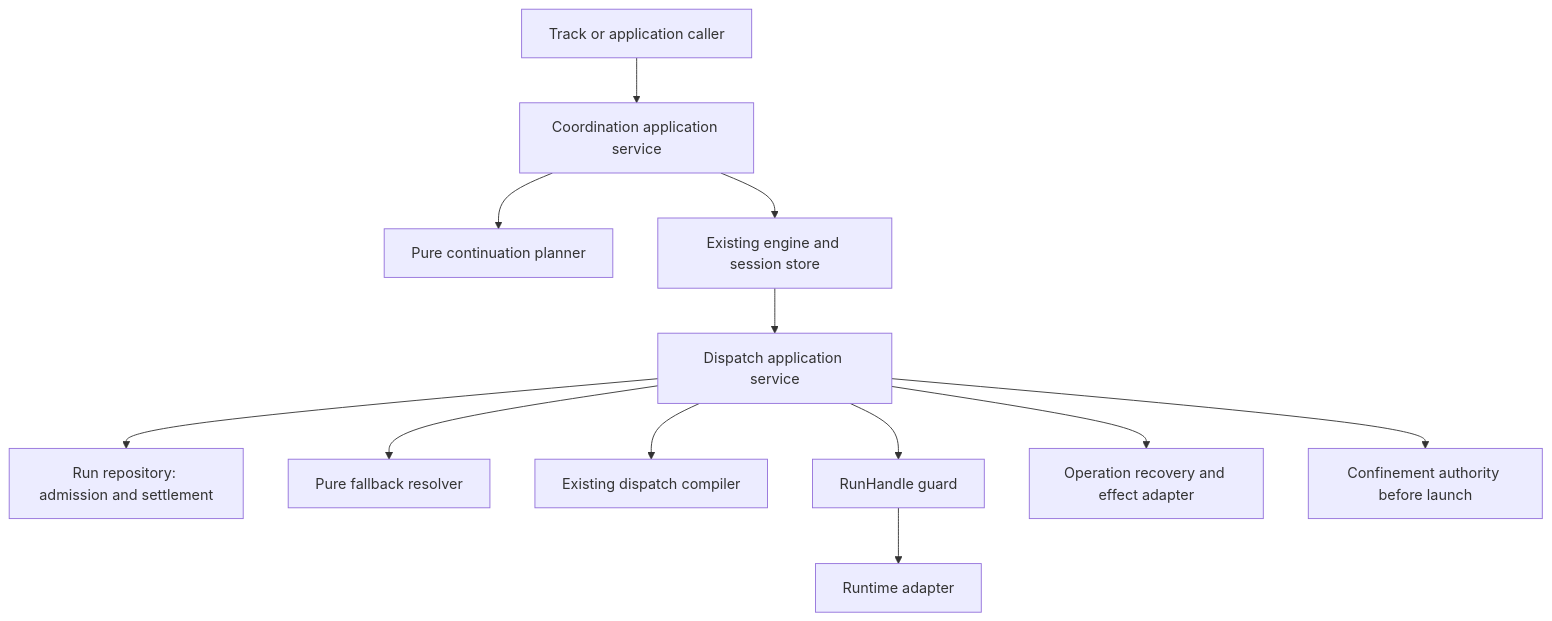
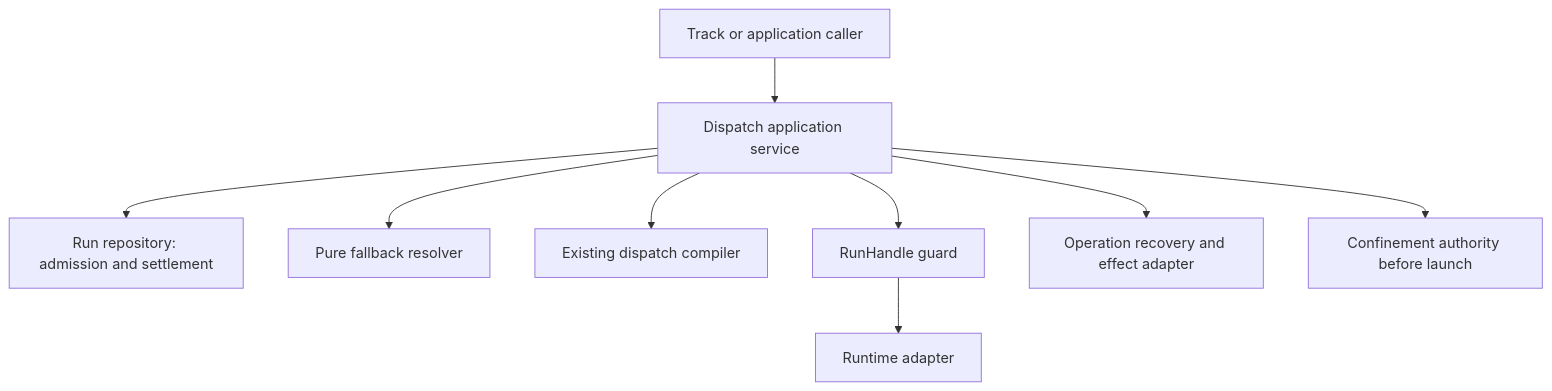
The diagram in docs/platform/agent-coordination/architecture/runtime-recovery-design.md (vantt/forgent), drawn with Mermaid before and after one commit. The commit also changed other lines of this file and 1796 other files, not shown here.

````diff
--- a/docs/platform/agent-coordination/architecture/runtime-recovery-design.md
+++ b/docs/platform/agent-coordination/architecture/runtime-recovery-design.md
@@ -72,14 +59,11 @@
 ```mermaid
 flowchart TD
-    T[Track or application caller] --> S[Coordination application service]
-    S --> P[Pure continuation planner]
-    S --> E[Existing engine and session store]
-    E --> D[Dispatch application service]
+    T[Track or application caller] --> D[Dispatch application service]
     D --> R[Run repository: admission and settlement]
     D --> F[Pure fallback resolver]
     D --> C[Existing dispatch compiler]
     D --> G[RunHandle guard]
     G --> A[Runtime adapter]
     D --> O[Operation recovery and effect adapter]
     D --> X[Confinement authority before launch]
 ```
````
